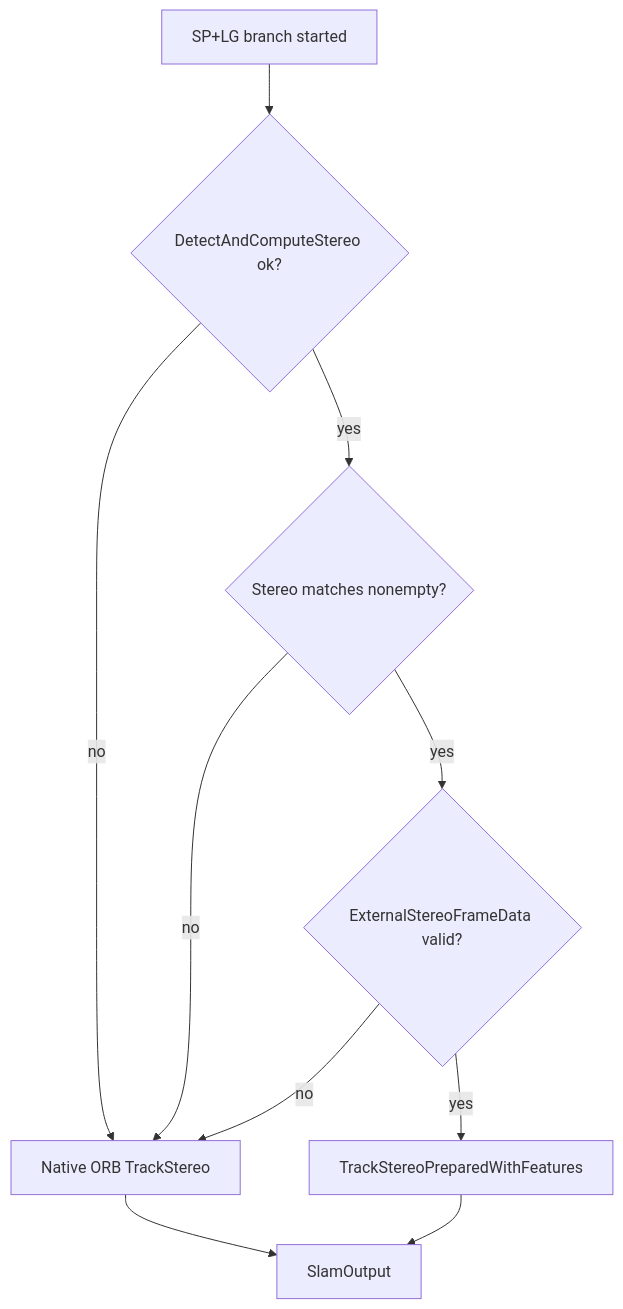
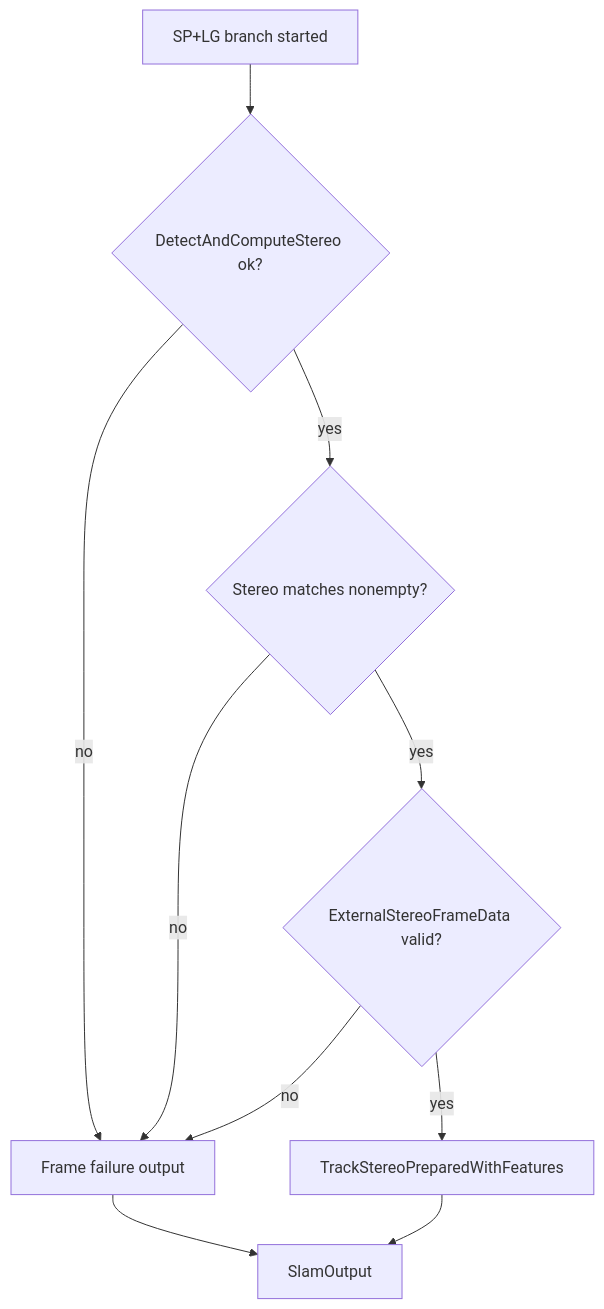
One commit to litingzhang/SmartDrone changed the fifth of 5 diagrams in docs/superpoint_lightglue_mode_flow.md. Above: the diagram before and after it, drawn with Mermaid. The commit also changed other lines of this file and 51 other files, not shown here.

Commit message:
Improve EPG runtime graph and SP-LG tracking

````diff
--- a/docs/superpoint_lightglue_mode_flow.md
+++ b/docs/superpoint_lightglue_mode_flow.md
@@ -291,12 +381,12 @@
 ```mermaid
 flowchart TD
     A[SP+LG branch started] --> B{DetectAndComputeStereo ok?}
-    B -- no --> F[Native ORB TrackStereo]
+    B -- no --> F[Frame failure output]
     B -- yes --> C{Stereo matches nonempty?}
     C -- no --> F
     C -- yes --> D{ExternalStereoFrameData valid?}
     D -- no --> F
     D -- yes --> E[TrackStereoPreparedWithFeatures]
     E --> G[SlamOutput]
     F --> G
 ```
````
